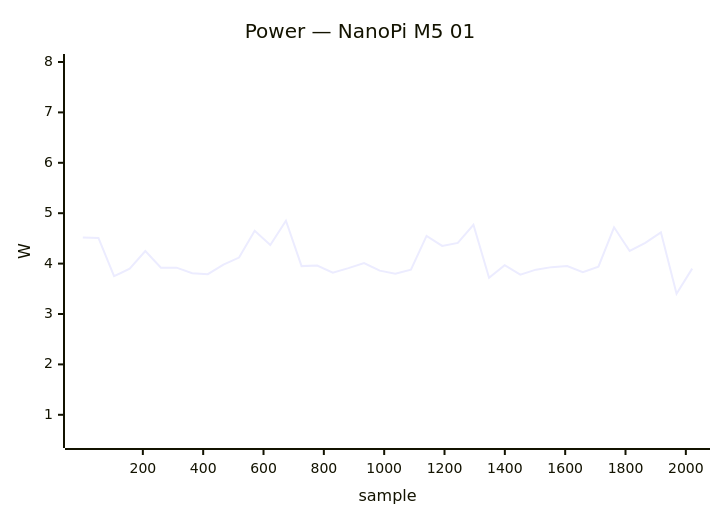
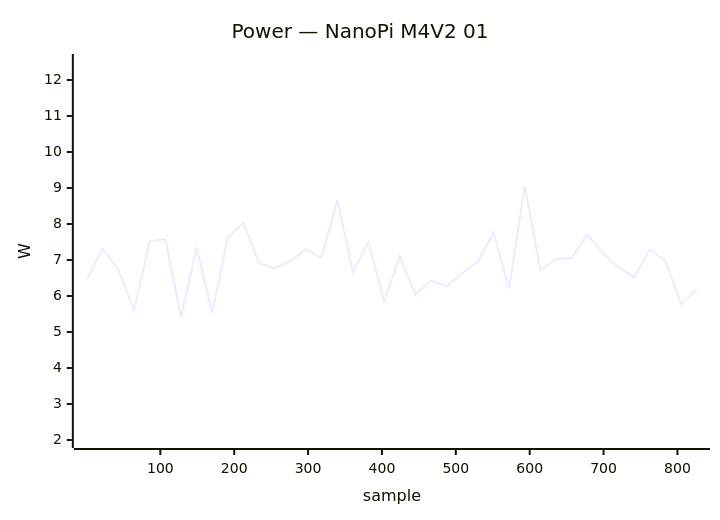
Before and after one commit to armbian/documentation: diagram 17 of 35 in docs/status/board-tests.md, drawn with Mermaid. The commit also changed other lines of this file, not shown here.

````diff
--- a/docs/status/board-tests.md
+++ b/docs/status/board-tests.md
@@ -852,7 +876,7 @@
 ```mermaid
 xychart-beta
-    title "Power — NanoPi M5 01"
-    x-axis "sample" 1 --> 2021
-    y-axis "W" 0.5 --> 8.0
-    line [4.52, 4.51, 3.75, 3.90, 4.25, 3.92, 3.92, 3.81, 3.79, 3.98, 4.12, 4.65, 4.37, 4.85, 3.95, 3.96, 3.82, 3.91, 4.01, 3.86, 3.80, 3.88, 4.55, 4.35, 4.41, 4.77, 3.72, 3.97, 3.78, 3.88, 3.93, 3.95, 3.83, 3.94, 4.72, 4.25, 4.41, 4.62, 3.40, 3.90]
+    title "Power — NanoPi M4V2 01"
+    x-axis "sample" 1 --> 826
+    y-axis "W" 2.0 --> 12.5
+    line [6.48, 7.31, 6.73, 5.60, 7.52, 7.58, 5.41, 7.35, 5.52, 7.62, 8.04, 6.91, 6.77, 6.97, 7.30, 7.05, 8.67, 6.67, 7.50, 5.85, 7.10, 6.04, 6.43, 6.28, 6.63, 6.95, 7.77, 6.21, 9.05, 6.72, 7.03, 7.05, 7.71, 7.20, 6.80, 6.52, 7.29, 6.98, 5.78, 6.16]
 ```
````
